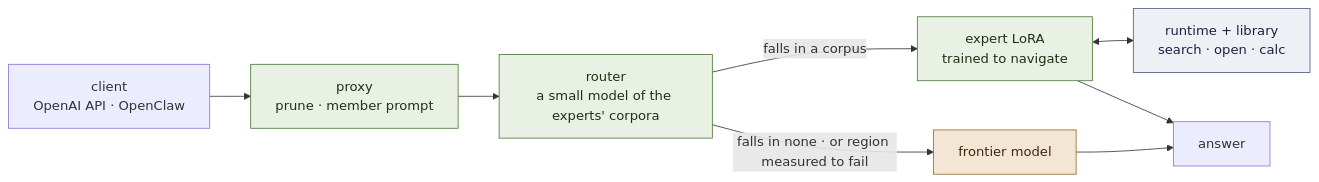
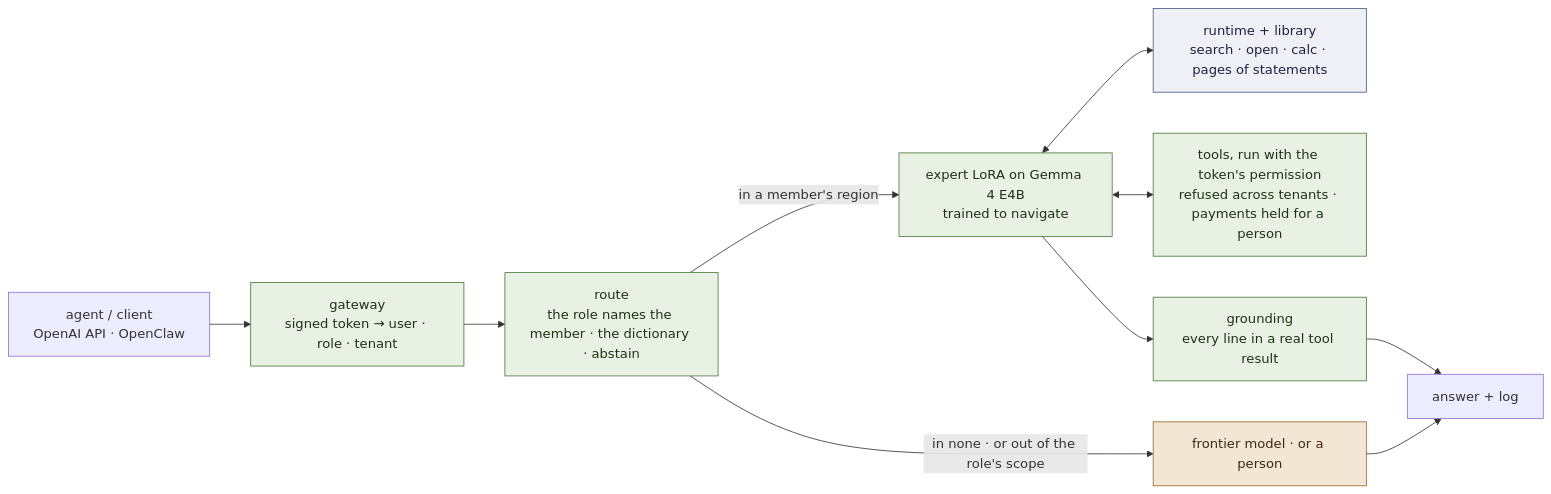
The diagram in README.md (EvolvingAgentsLabs/lora-kernel), drawn with Mermaid before and after one commit. The commit also changed other lines of this file and 169 other files, not shown here.

First line of the commit message:
W9: atomic statements — a Wikipedia-shaped wiki the small expert walks, cited answers verified (#268)

````diff
--- a/README.md
+++ b/README.md
@@ -106,16 +117,18 @@
 ```mermaid
 flowchart LR
-    C["client<br>OpenAI API · OpenClaw"] --> P["proxy<br>prune · member prompt"]
-    P --> R["router<br>a small model of the experts' corpora"]
-    R -- "falls in a corpus" --> E["expert LoRA<br>trained to navigate"]
-    E <--> M["runtime + library<br>search · open · calc"]
-    R -- "falls in none · or region measured to fail" --> F["frontier model"]
-    E --> A["answer"]
+    C["agent / client<br>OpenAI API · OpenClaw"] --> G["gateway<br>signed token → user · role · tenant"]
+    G --> R["route<br>the role names the member · the dictionary · abstain"]
+    R -- "in a member's region" --> E["expert LoRA on Gemma 4 E4B<br>trained to navigate"]
+    E <--> M["runtime + library<br>search · open · calc · pages of statements"]
+    E <--> T["tools, run with the token's permission<br>refused across tenants · payments held for a person"]
+    E --> V["grounding<br>every line in a real tool result"]
+    R -- "in none · or out of the role's scope" --> F["frontier model · or a person"]
+    V --> A["answer + log"]
     F --> A
     classDef local fill:#e8f1e4,stroke:#4a7a3a,color:#1d3314
     classDef art fill:#eef0f6,stroke:#4a5a8a,color:#1d2240
     classDef out fill:#f4e6d4,stroke:#9a6a2a,color:#3d2a0e
-    class P,R,E local
+    class G,R,E,T,V local
     class M art
     class F out
 ```
````
